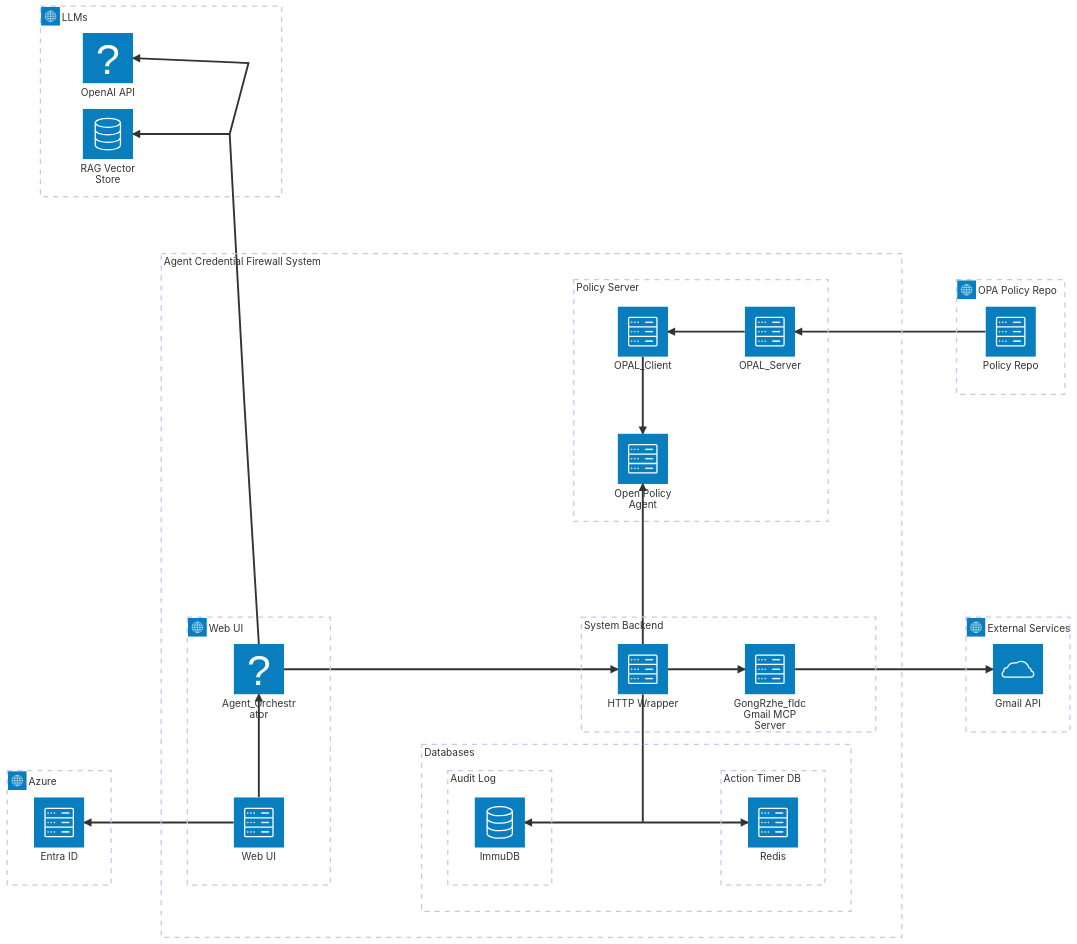
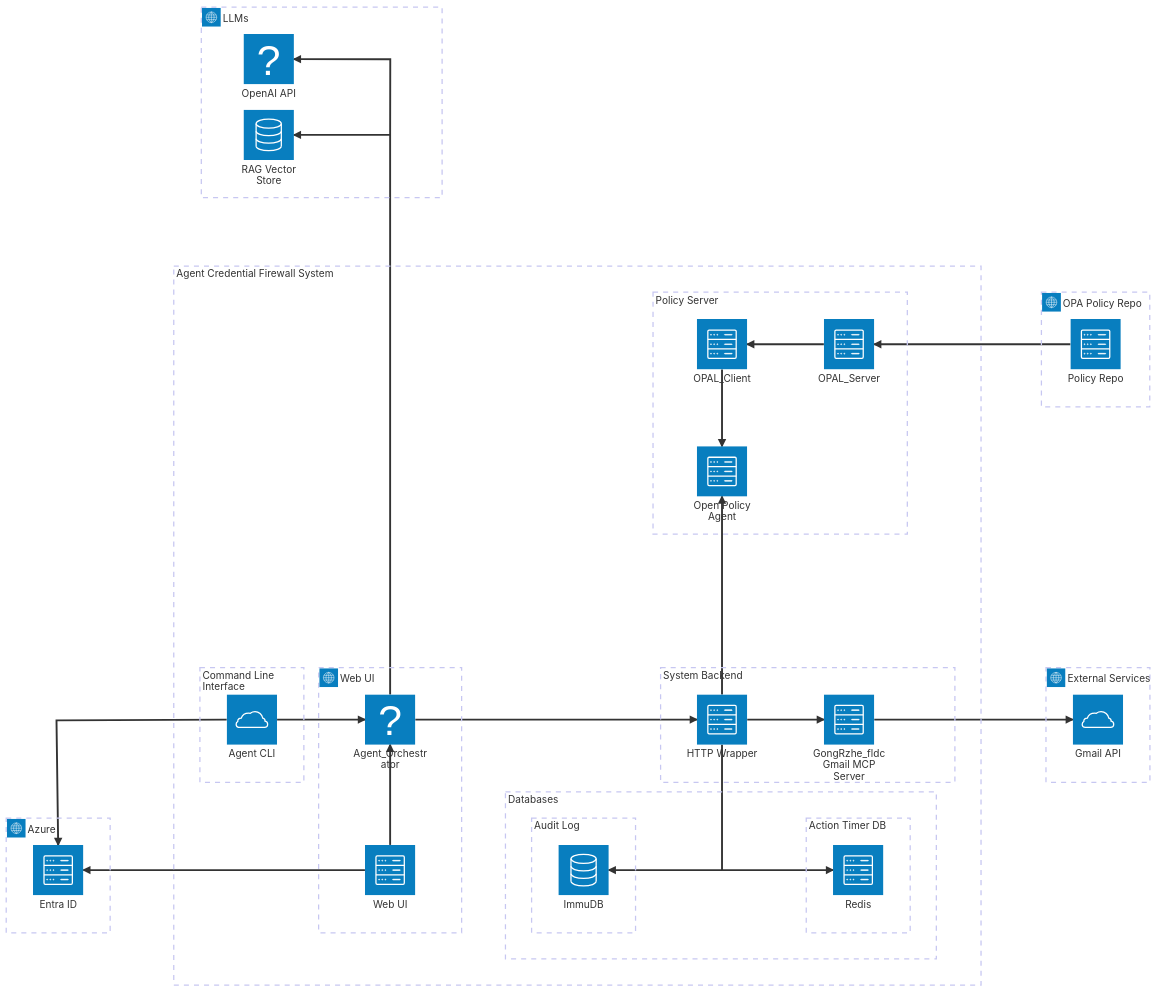
One commit to Blizzard-Of-Oz/cyber295-team3 changed the diagram in Diagrams/architecture.mmd. Above: the diagram before and after it, drawn with Mermaid.

Commit message:
upadte agent cli (#52)

```diff
--- a/Diagrams/architecture.mmd
+++ b/Diagrams/architecture.mmd
@@ -1,53 +1,57 @@
 ---
 config:
   theme: mc
 ---
 architecture-beta
 
   group g_ACF[Agent Credential Firewall System]
   group g_db[Databases] in g_ACF
   group g_ui(internet) [Web UI] in g_ACF
   group g_entraid(internet) [Azure]
   group g_llms(internet)[LLMs]
   group g_mcp[System Backend] in g_ACF
   group g_audilogdb[Audit Log] in g_db
   group g_opa[Policy Server] in g_ACF
   group g_ext(internet)[External Services]
   group g_opa_policy(internet)[OPA Policy Repo]
   group g_redis[Action Timer DB] in g_db
+  group g_cli[Command Line Interface] in g_ACF
  
 
   service web(server)[Web UI] in g_ui
   service entraid(server)[Entra ID] in g_entraid
   service agent(brain)[Agent_Orchestrator] in g_ui
   service rag(database)[RAG Vector Store] in g_llms
   service orchestration(brain)[OpenAI API] in g_llms
   service http_wrapper(server)[HTTP Wrapper] in g_mcp
   service mcp(server)[GongRzhe_fldc Gmail MCP Server] in g_mcp
   service extsvc(cloud)[Gmail API] in g_ext
   service auditlog(database)[ImmuDB] in g_audilogdb
   service opa(server)[Open Policy Agent] in g_opa
   service opal_server(server)[OPAL_Server] in g_opa
   service opal_client(server)[OPAL_Client] in g_opa
   service opa_policy_repo(server)[Policy Repo] in g_opa_policy
   service redis(server)[Redis] in g_redis
+  service agent_cli(cloud)[Agent CLI] in g_cli
 
 
   junction j_db in g_db
   junction j_llm in g_llms
 
   web:L --> R:entraid
   web:T --> B:agent
   agent:T -- B:j_llm
   agent:R --> L:http_wrapper
   http_wrapper:R --> L:mcp
   http_wrapper:T --> B:opa
   mcp:R --> L:extsvc
   opa_policy_repo:L --> R:opal_server
   opal_client:B --> T:opa
   opal_server:L --> R:opal_client
   http_wrapper:B -- T:j_db
   j_db:L --> R:auditlog
   j_db:R --> L:redis
   j_llm:L --> R:rag
   j_llm:T --> R:orchestration
+  agent_cli:R --> L:agent
+  agent_cli:L --> T:entraid
```
